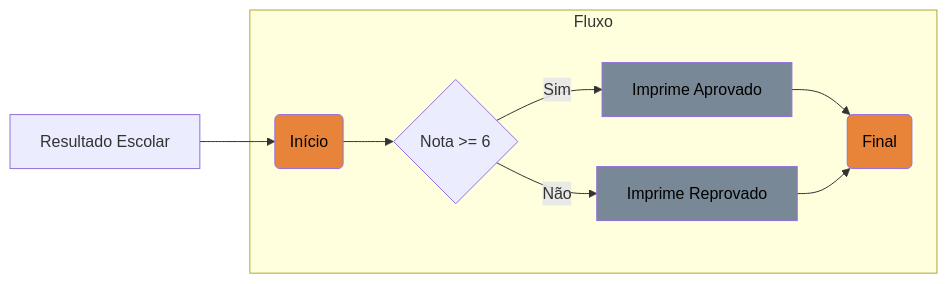
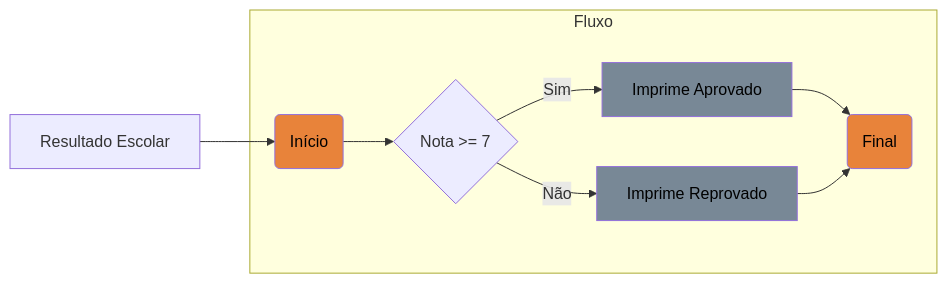
One commit to AlysonDEV/dio-java-basico changed the second of 2 diagrams in bin/edu/alyson/controlefluxos/README.md. Above: the diagram before and after it, drawn with Mermaid. The commit also changed 3 other files, not shown here.

````diff
--- a/bin/edu/alyson/controlefluxos/README.md
+++ b/bin/edu/alyson/controlefluxos/README.md
@@ -44,19 +44,19 @@
 ```mermaid
 flowchart LR
     A[Resultado Escolar] --> I 
-    I --> C{Nota >= 6}
+    I --> C{Nota >= 7}
     C --> |Sim| D[Imprime Aprovado]
     C --> |Não| E[Imprime Reprovado]
     D --> F
     E --> F
     subgraph Fluxo
         I(Início):::secundaria
         C
         D:::caixa
         E:::caixa
         F(Final):::secundaria
         end
     
     classDef secundaria fill:#E8833A,color:#000
     classDef caixa fill:#788896,color:#000
 ```
````
